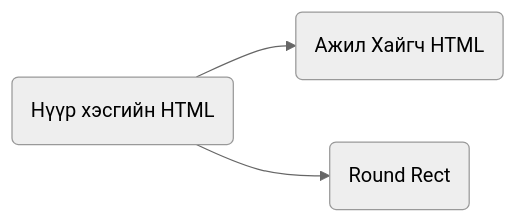
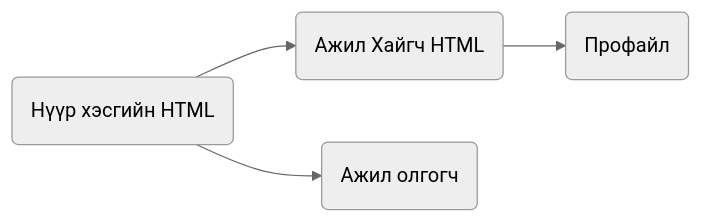
One commit to Evilhaem/web_programming changed the diagram in README.md. Above: the diagram before and after it, drawn with Mermaid (neutral theme). The commit also changed other lines of this file, not shown here.

````diff
--- a/README.md
+++ b/README.md
@@ -6,5 +6,6 @@
 ```mermaid
 graph LR
 A(Нүүр хэсгийн HTML) --> B(Ажил Хайгч HTML)
-A --> C(Round Rect)
+A --> C(Ажил олгогч)
+B --> D(Профайл)
 ```
````
